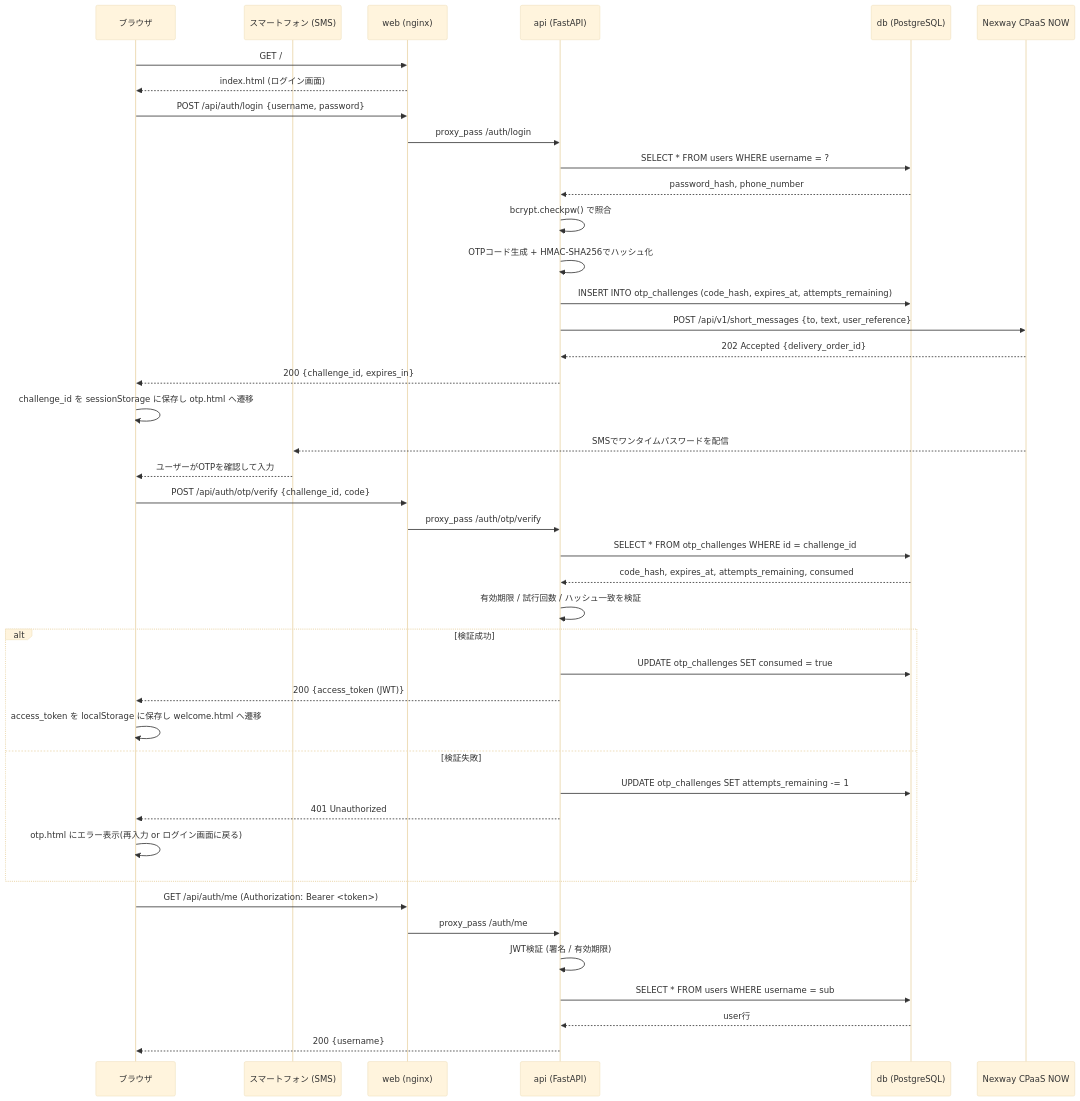
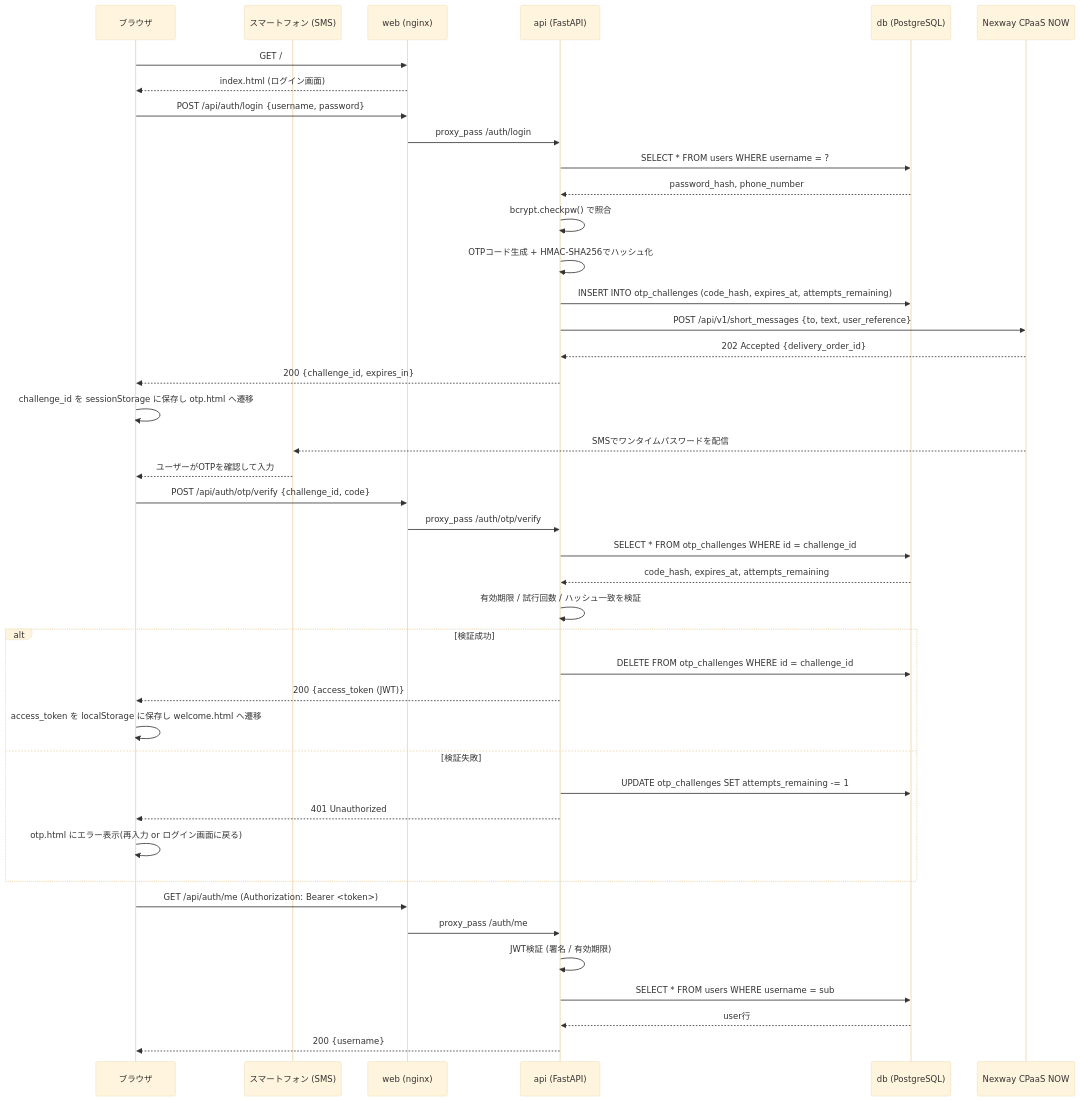
Before and after one commit to Fu11erene/ip3-hackathon: the second of 2 diagrams in README.md, drawn with Mermaid (base theme). The commit also changed other lines of this file and 4 other files, not shown here.

````diff
--- a/README.md
+++ b/README.md
@@ -38,49 +60,49 @@
 ```mermaid
 sequenceDiagram
     participant U as ブラウザ
     participant S as スマートフォン (SMS)
     participant W as web (nginx)
     participant A as api (FastAPI)
     participant D as db (PostgreSQL)
     participant N as Nexway CPaaS NOW
 
     U->>W: GET /
     W-->>U: index.html (ログイン画面)
 
     U->>W: POST /api/auth/login {username, password}
     W->>A: proxy_pass /auth/login
     A->>D: SELECT * FROM users WHERE username = ?
     D-->>A: password_hash, phone_number
     A->>A: bcrypt.checkpw() で照合
     A->>A: OTPコード生成 + HMAC-SHA256でハッシュ化
     A->>D: INSERT INTO otp_challenges (code_hash, expires_at, attempts_remaining)
     A->>N: POST /api/v1/short_messages {to, text, user_reference}
     N-->>A: 202 Accepted {delivery_order_id}
     A-->>U: 200 {challenge_id, expires_in}
     U->>U: challenge_id を sessionStorage に保存し otp.html へ遷移
 
     N-->>S: SMSでワンタイムパスワードを配信
     S-->>U: ユーザーがOTPを確認して入力
 
     U->>W: POST /api/auth/otp/verify {challenge_id, code}
     W->>A: proxy_pass /auth/otp/verify
     A->>D: SELECT * FROM otp_challenges WHERE id = challenge_id
-    D-->>A: code_hash, expires_at, attempts_remaining, consumed
+    D-->>A: code_hash, expires_at, attempts_remaining
     A->>A: 有効期限 / 試行回数 / ハッシュ一致を検証
     alt 検証成功
-        A->>D: UPDATE otp_challenges SET consumed = true
+        A->>D: DELETE FROM otp_challenges WHERE id = challenge_id
         A-->>U: 200 {access_token (JWT)}
         U->>U: access_token を localStorage に保存し welcome.html へ遷移
     else 検証失敗
         A->>D: UPDATE otp_challenges SET attempts_remaining -= 1
         A-->>U: 401 Unauthorized
         U->>U: otp.html にエラー表示(再入力 or ログイン画面に戻る)
     end
 
     U->>W: GET /api/auth/me (Authorization: Bearer <token>)
     W->>A: proxy_pass /auth/me
     A->>A: JWT検証 (署名 / 有効期限)
     A->>D: SELECT * FROM users WHERE username = sub
     D-->>A: user行
     A-->>U: 200 {username}
 ```
````
